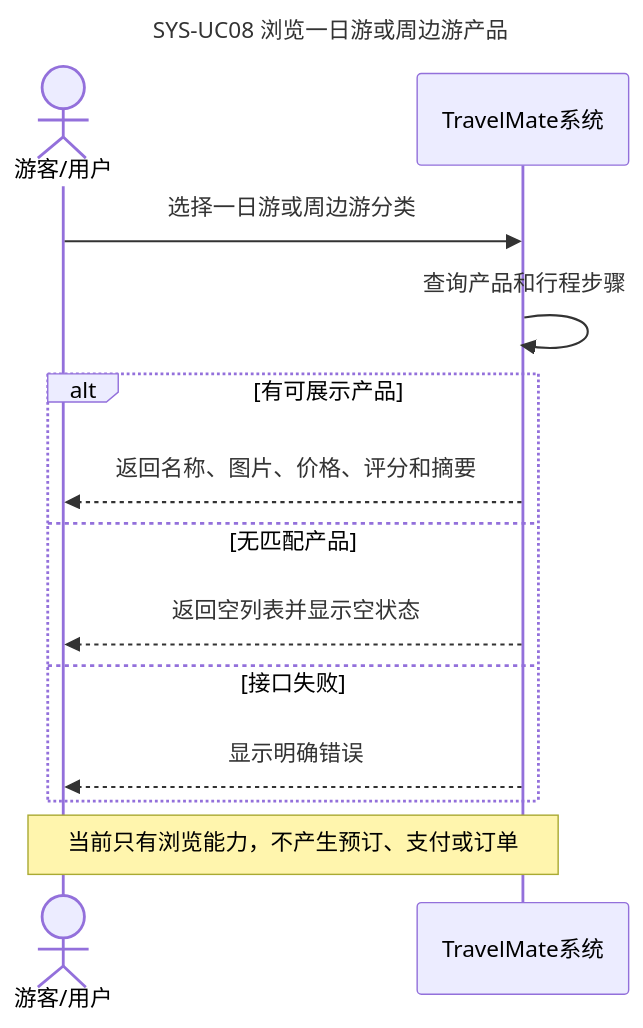
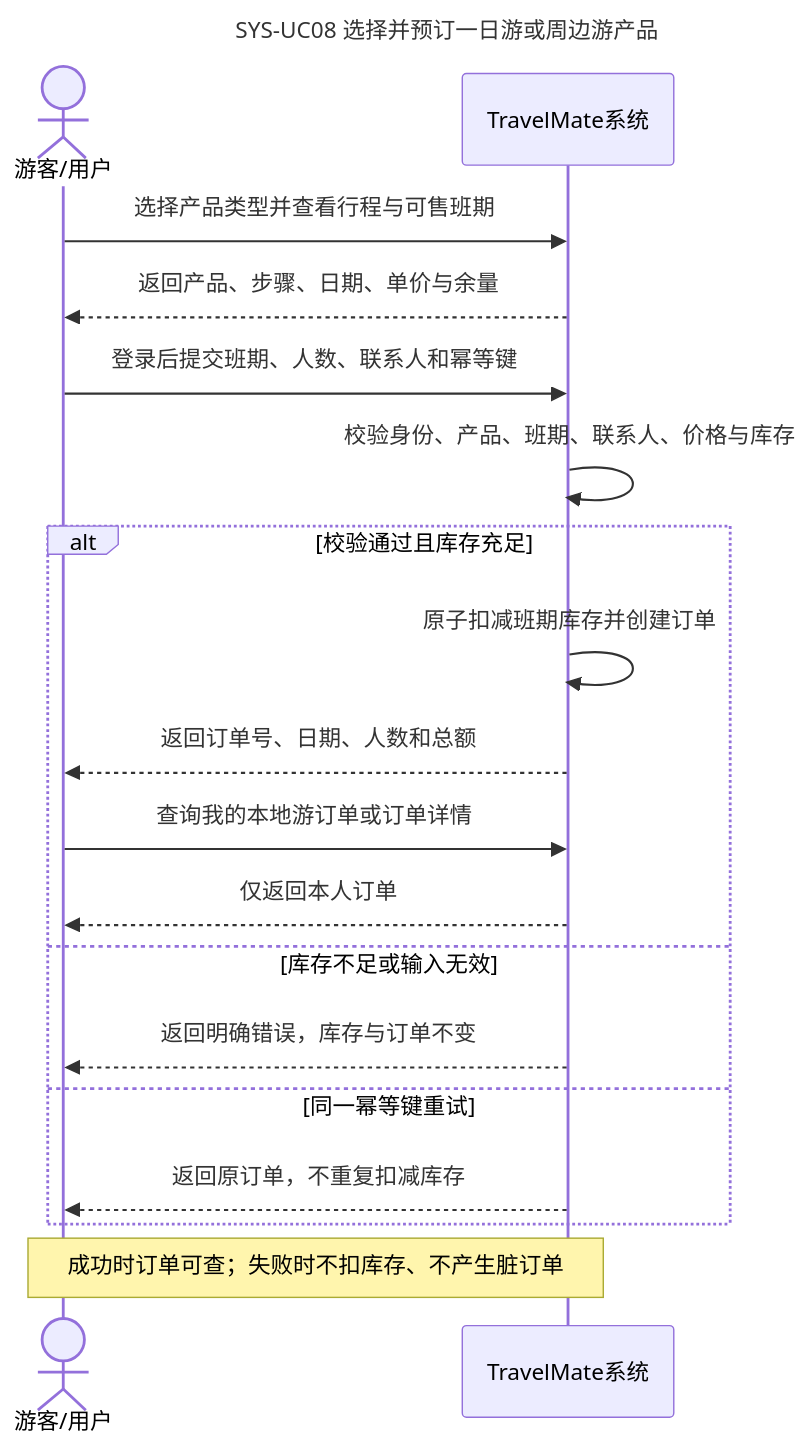
One commit to Miracle060811/Software_engineering changed the diagram in 02_docs/需求规格说明/source/SYS-UC08_浏览本地游产品.mmd. Above: the diagram before and after it, drawn with Mermaid. The commit also changed 55 other files, not shown here.

Commit message:
docs: 同步最终交付文档与设计图

```diff
--- a/02_docs/需求规格说明/source/SYS-UC08_浏览本地游产品.mmd
+++ b/02_docs/需求规格说明/source/SYS-UC08_浏览本地游产品.mmd
@@ -1,14 +1,19 @@
 sequenceDiagram
-    title SYS-UC08 浏览一日游或周边游产品
+    title SYS-UC08 选择并预订一日游或周边游产品
     actor U as 游客/用户
     participant S as TravelMate系统
-    U->>S: 选择一日游或周边游分类
-    S->>S: 查询产品和行程步骤
-    alt 有可展示产品
-        S-->>U: 返回名称、图片、价格、评分和摘要
-    else 无匹配产品
-        S-->>U: 返回空列表并显示空状态
-    else 接口失败
-        S-->>U: 显示明确错误
+    U->>S: 选择产品类型并查看行程与可售班期
+    S-->>U: 返回产品、步骤、日期、单价与余量
+    U->>S: 登录后提交班期、人数、联系人和幂等键
+    S->>S: 校验身份、产品、班期、联系人、价格与库存
+    alt 校验通过且库存充足
+        S->>S: 原子扣减班期库存并创建订单
+        S-->>U: 返回订单号、日期、人数和总额
+        U->>S: 查询我的本地游订单或订单详情
+        S-->>U: 仅返回本人订单
+    else 库存不足或输入无效
+        S-->>U: 返回明确错误，库存与订单不变
+    else 同一幂等键重试
+        S-->>U: 返回原订单，不重复扣减库存
     end
-    Note over U,S: 当前只有浏览能力，不产生预订、支付或订单
+    Note over U,S: 成功时订单可查；失败时不扣库存、不产生脏订单
```
